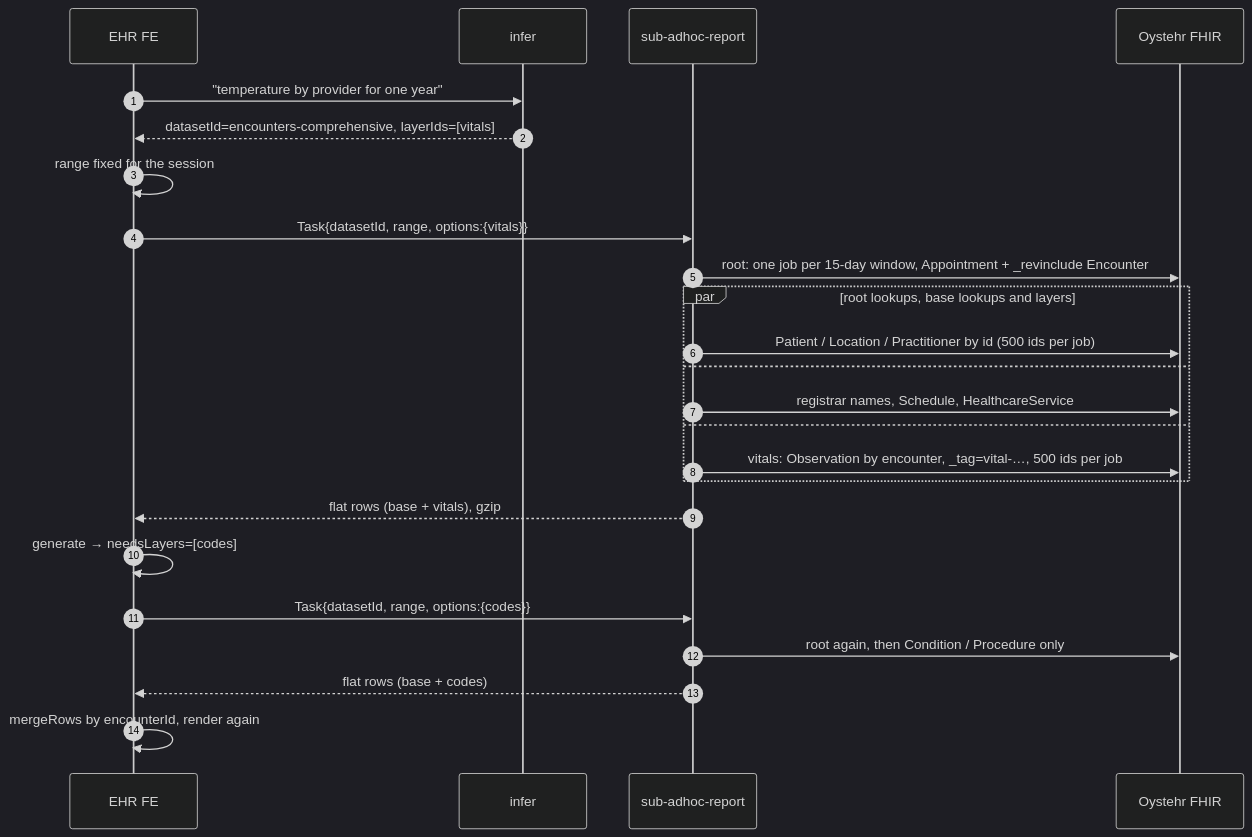
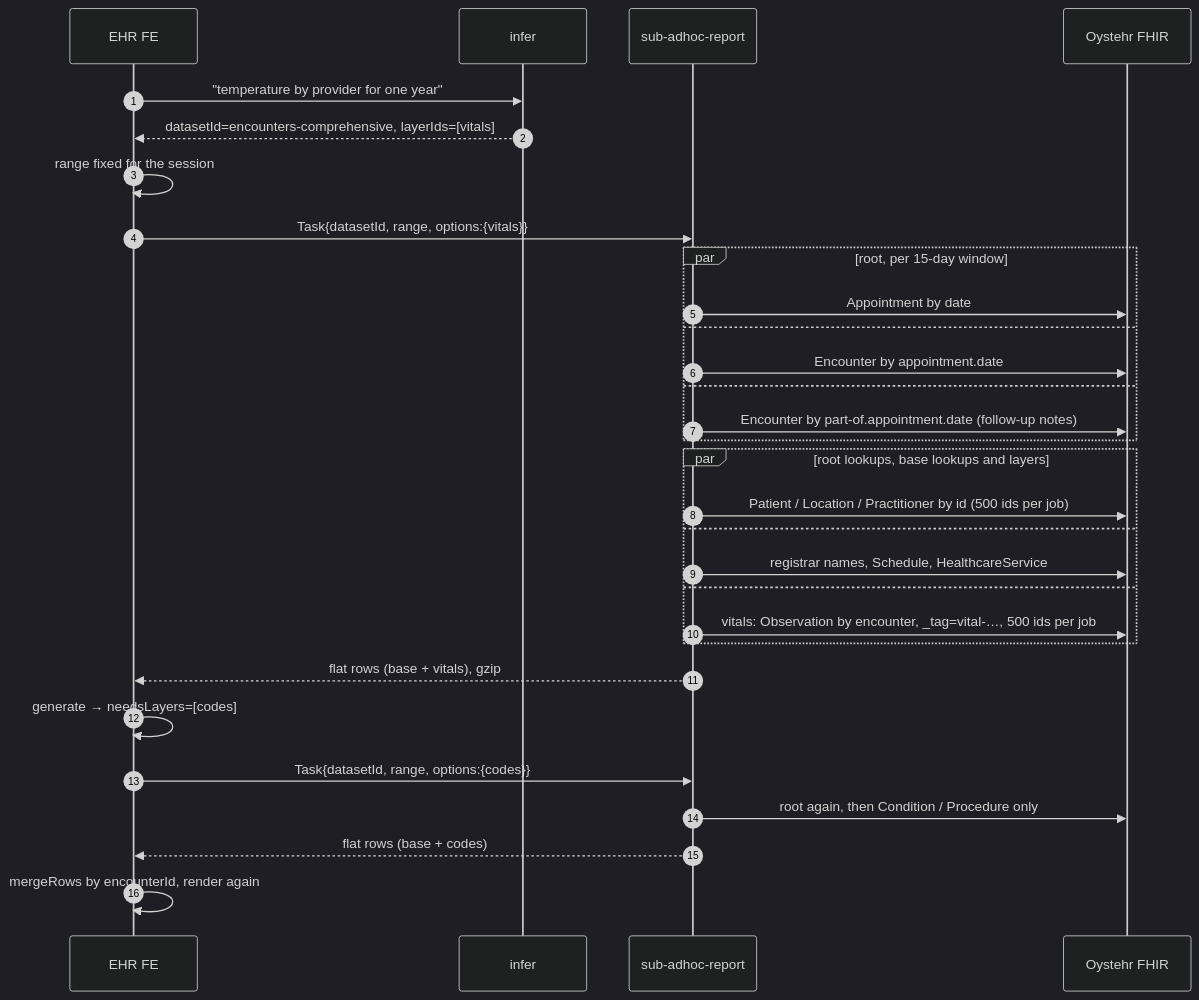
Before and after one commit to masslight/ottehr: the fourth of 7 diagrams in docs/adhoc-layer-graph.md, drawn with Mermaid (dark theme). The commit also changed other lines of this file and 1 other file, not shown here.

````diff
--- a/docs/adhoc-layer-graph.md
+++ b/docs/adhoc-layer-graph.md
@@ -114,26 +115,32 @@
 ```mermaid
 sequenceDiagram
   autonumber
   participant FE as EHR FE
   participant I as infer
   participant W as sub-adhoc-report
   participant F as Oystehr FHIR
   FE->>I: "temperature by provider for one year"
   I-->>FE: datasetId=encounters-comprehensive, layerIds=[vitals]
   FE->>FE: range fixed for the session
   FE->>W: Task{datasetId, range, options:{vitals}}
-  W->>F: root: one job per 15-day window, Appointment + _revinclude Encounter
+  par root, per 15-day window
+    W->>F: Appointment by date
+  and
+    W->>F: Encounter by appointment.date
+  and
+    W->>F: Encounter by part-of.appointment.date (follow-up notes)
+  end
   par root lookups, base lookups and layers
     W->>F: Patient / Location / Practitioner by id (500 ids per job)
   and
     W->>F: registrar names, Schedule, HealthcareService
   and
     W->>F: vitals: Observation by encounter, _tag=vital-…, 500 ids per job
   end
   W-->>FE: flat rows (base + vitals), gzip
   FE->>FE: generate → needsLayers=[codes]
   FE->>W: Task{datasetId, range, options:{codes}}
   W->>F: root again, then Condition / Procedure only
   W-->>FE: flat rows (base + codes)
   FE->>FE: mergeRows by encounterId, render again
 ```
````
